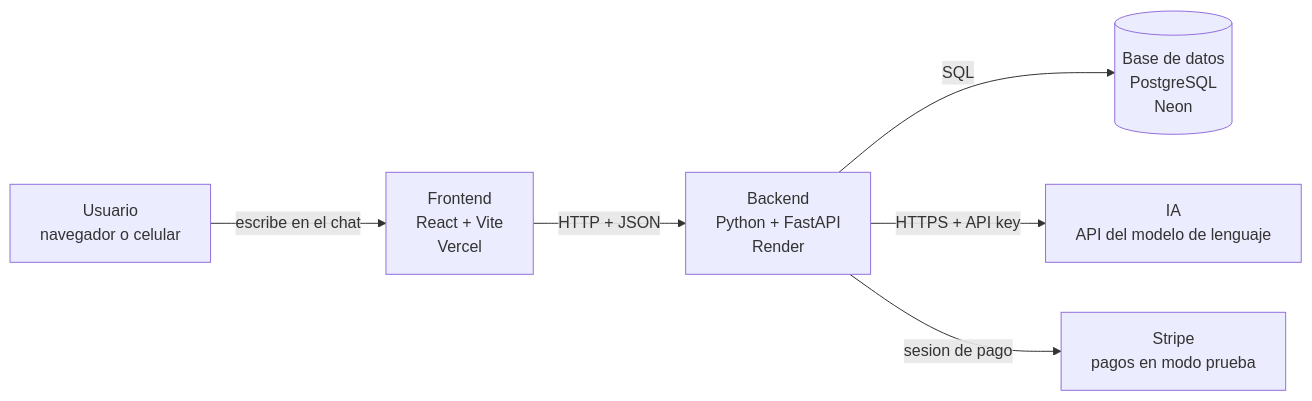
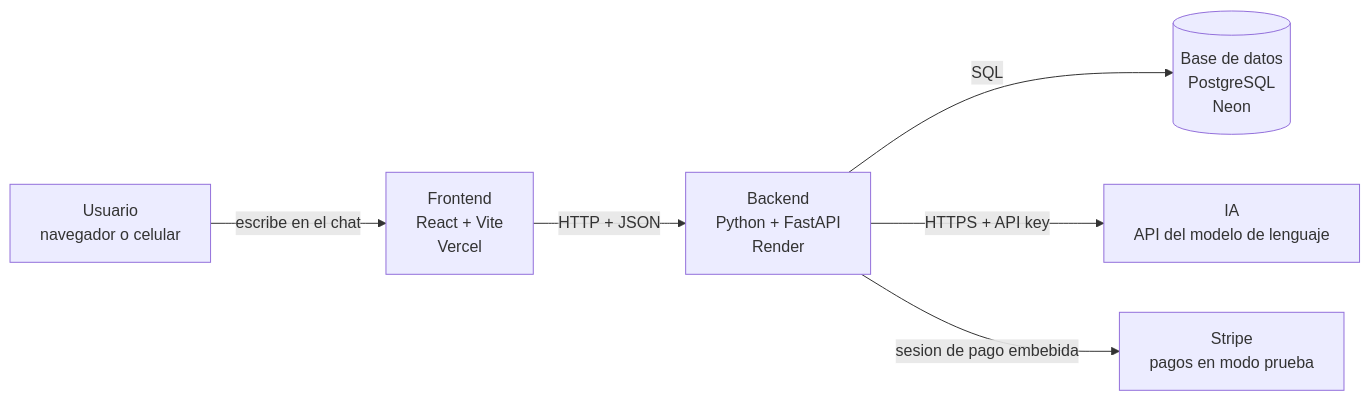
One commit to terminapp-pasto/terminapp-backend changed the third of 4 diagrams in README.md. Above: the diagram before and after it, drawn with Mermaid. The commit also changed other lines of this file and 3 other files, not shown here.

````diff
--- a/README.md
+++ b/README.md
@@ -192,15 +234,15 @@
 ```mermaid
 flowchart LR
     U["Usuario<br/>navegador o celular"]
     F["Frontend<br/>React + Vite<br/>Vercel"]
     B["Backend<br/>Python + FastAPI<br/>Render"]
     BD[("Base de datos<br/>PostgreSQL<br/>Neon")]
     IA["IA<br/>API del modelo de lenguaje"]
     S["Stripe<br/>pagos en modo prueba"]
 
     U -->|escribe en el chat| F
     F -->|HTTP + JSON| B
     B -->|SQL| BD
     B -->|HTTPS + API key| IA
-    B -->|sesion de pago| S
+    B -->|sesion de pago embebida| S
 ```
````
